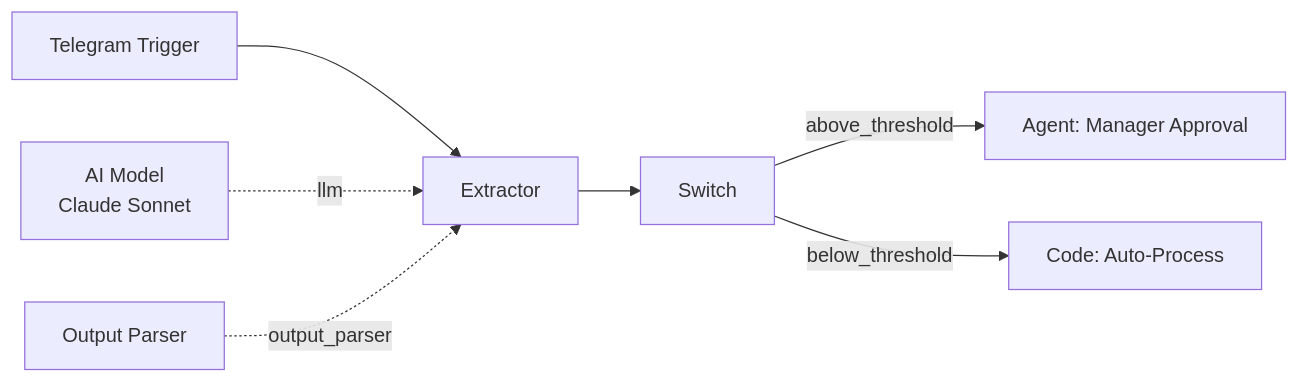
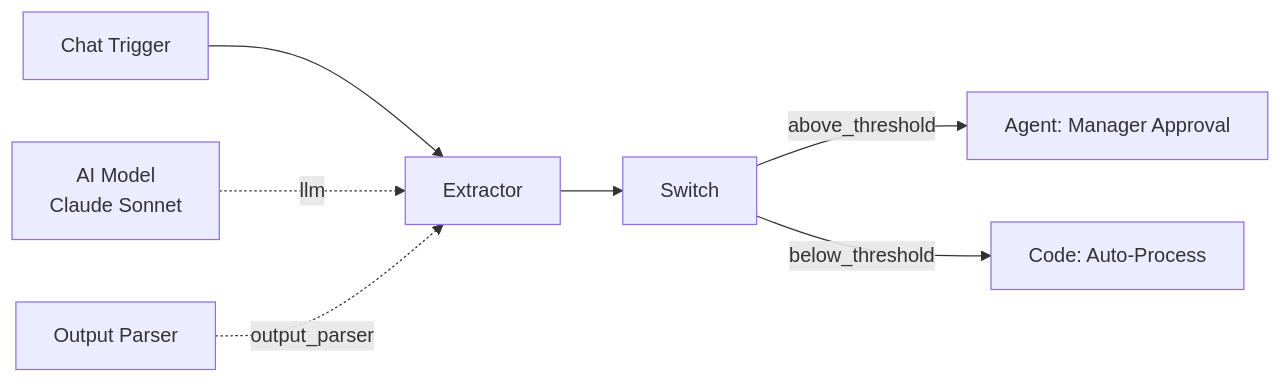
Before and after one commit to theuselessai/Pipelit: the second of 2 diagrams in docs-site/docs/components/ai/extractor.md, drawn with Mermaid. The commit also changed 58 other files, not shown here.

````diff
--- a/docs-site/docs/components/ai/extractor.md
+++ b/docs-site/docs/components/ai/extractor.md
@@ -144,9 +144,9 @@
 ```mermaid
 flowchart LR
-    Telegram[Telegram Trigger] --> Extractor
+    Chat[Chat Trigger] --> Extractor
     Model[AI Model<br/>Claude Sonnet] -.->|llm| Extractor
     Parser[Output Parser] -.->|output_parser| Extractor
     Extractor --> Switch
     Switch -->|above_threshold| Approval[Agent: Manager Approval]
     Switch -->|below_threshold| Auto[Code: Auto-Process]
 ```
````
